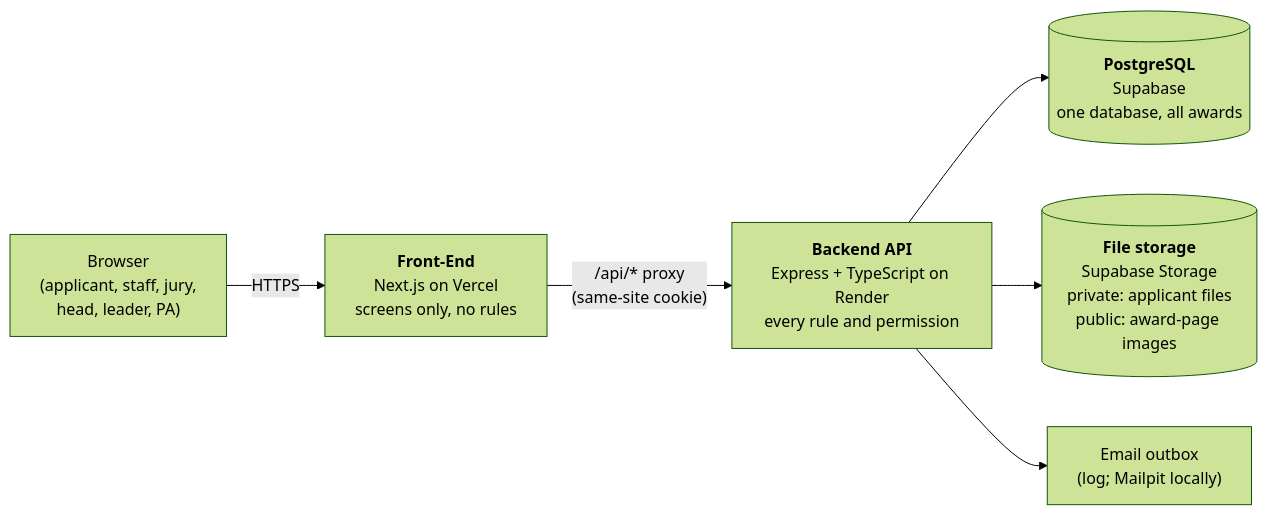
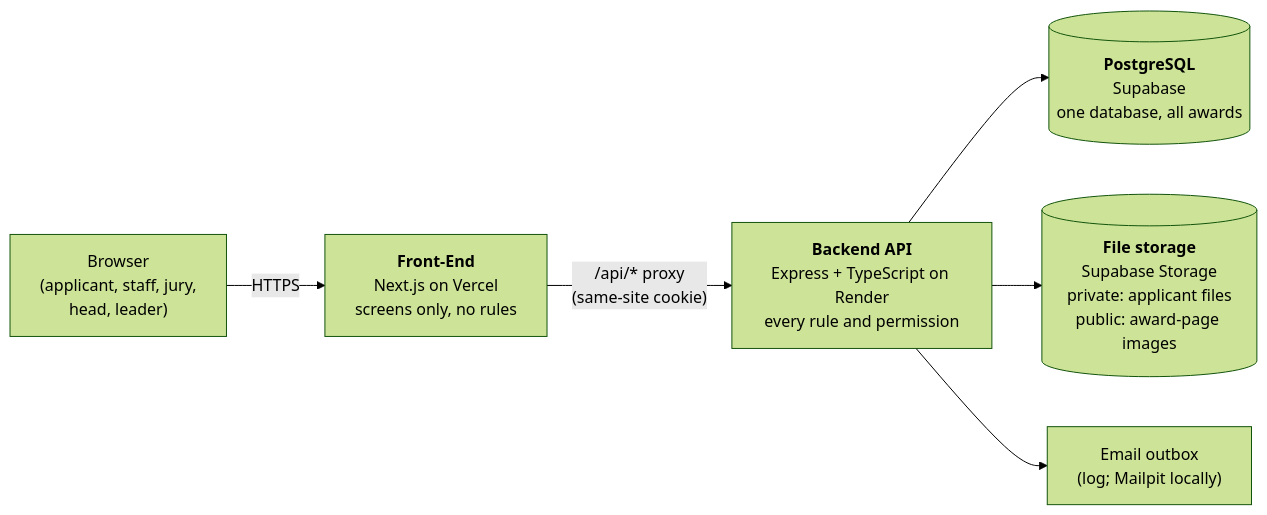
The first of 4 diagrams in docs/TECHNICAL-DESIGN.md (sumitdwivedi01/EigthyAwards), drawn with Mermaid (forest theme) before and after one commit. The commit also changed other lines of this file and 24 other files, not shown here.

````diff
--- a/docs/TECHNICAL-DESIGN.md
+++ b/docs/TECHNICAL-DESIGN.md
@@ -7,8 +7,8 @@
 ```mermaid
 flowchart LR
-    B["Browser<br/>(applicant, staff, jury,<br/>head, leader, PA)"] -->|HTTPS| FE["<b>Front-End</b><br/>Next.js on Vercel<br/>screens only, no rules"]
+    B["Browser<br/>(applicant, staff, jury,<br/>head, leader)"] -->|HTTPS| FE["<b>Front-End</b><br/>Next.js on Vercel<br/>screens only, no rules"]
     FE -->|"/api/* proxy<br/>(same-site cookie)"| API["<b>Backend API</b><br/>Express + TypeScript on Render<br/>every rule and permission"]
     API --> DB[("<b>PostgreSQL</b><br/>Supabase<br/>one database, all awards")]
     API --> ST[("<b>File storage</b><br/>Supabase Storage<br/>private: applicant files<br/>public: award-page images")]
     API --> EM["Email outbox<br/>(log; Mailpit locally)"]
 ```
````
